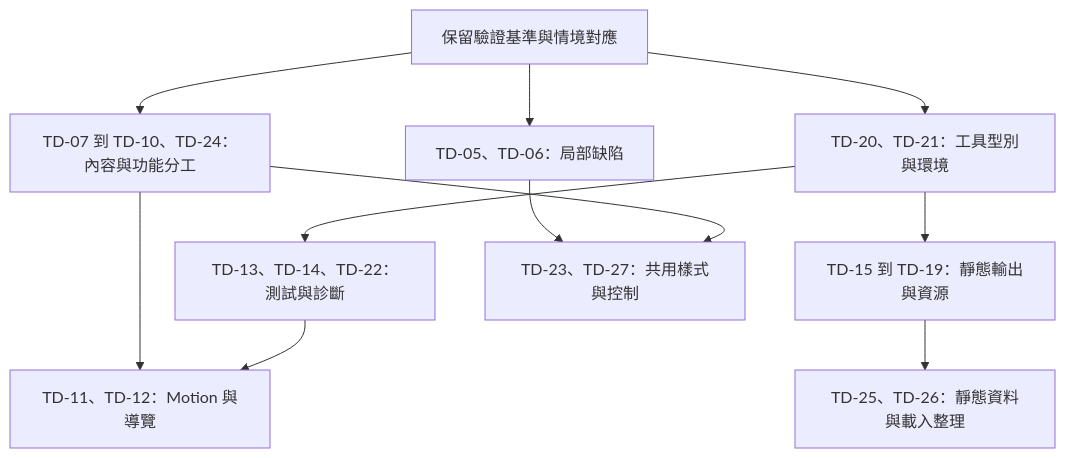
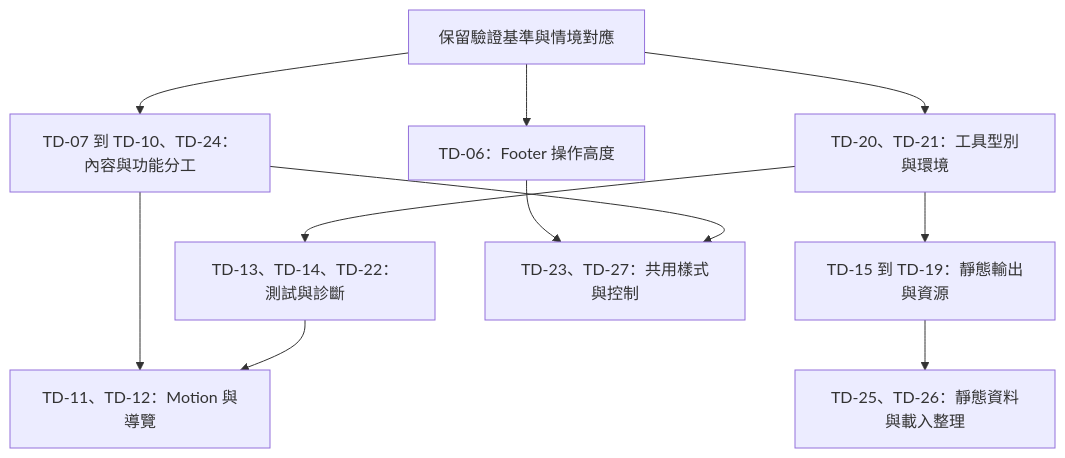
Before and after one commit to bingyangchen/bingyangchen.github.io: the third of 3 diagrams in docs/plans/0001-codebase-technical-debt.md, drawn with Mermaid. The commit also changed other lines of this file and 2 other files, not shown here.

Commit message:
refactor: update design specifications to clarify viewport scaling policy and footer height requirements

````diff
--- a/docs/plans/0001-codebase-technical-debt.md
+++ b/docs/plans/0001-codebase-technical-debt.md
@@ -362,13 +350,13 @@
 ```mermaid
 flowchart TD
-  baseline[保留驗證基準與情境對應] --> fixes[TD-05、TD-06：局部缺陷]
+  baseline[保留驗證基準與情境對應] --> fixes[TD-06：Footer 操作高度]
   baseline --> tooling[TD-20、TD-21：工具型別與環境]
   baseline --> content[TD-07 到 TD-10、TD-24：內容與功能分工]
   tooling --> tests[TD-13、TD-14、TD-22：測試與診斷]
   tooling --> build[TD-15 到 TD-19：靜態輸出與資源]
   content --> logic[TD-11、TD-12：Motion 與導覽]
   tests --> logic
   fixes --> styles[TD-23、TD-27：共用樣式與控制]
   content --> styles
   build --> optional[TD-25、TD-26：靜態資料與載入整理]
 ```
````
